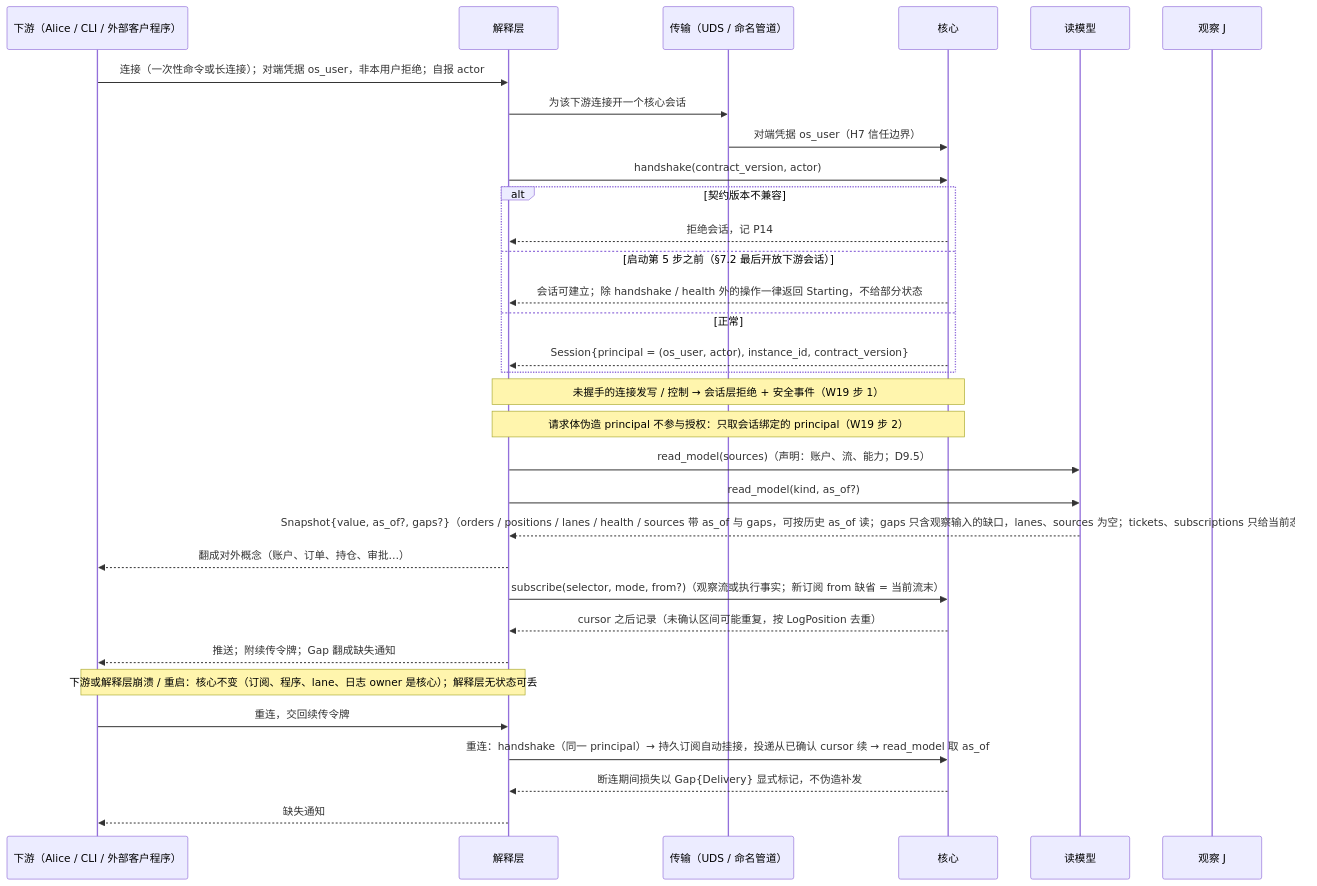
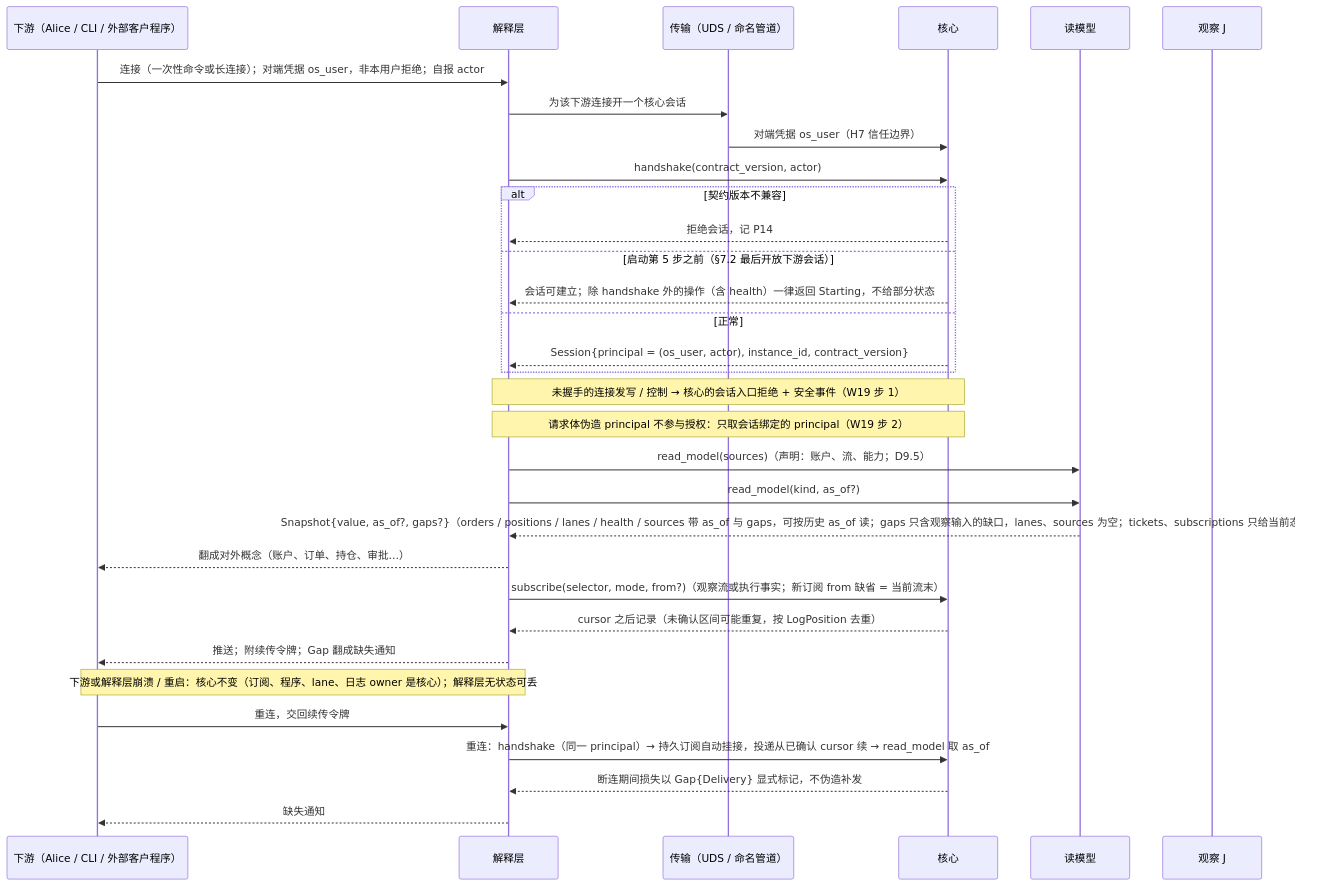
Before and after one commit to mouriya-s-lab/uta: the first of 5 diagrams in design/diagrams/09-alice-session.md, drawn with Mermaid. The commit also changed other lines of this file and 17 other files, not shown here.

Commit message:
design: fix review contradictions — bypass as lane control record, per-leg blocking-head key, positions per identity, orders completeness only before compaction, readiness/backfill split, uses graph and writer tables, Starting semantics, references

````diff
--- a/design/diagrams/09-alice-session.md
+++ b/design/diagrams/09-alice-session.md
@@ -9,34 +9,34 @@
 ```mermaid
 sequenceDiagram
   participant D as 下游（Alice / CLI / 外部客户程序）
   participant L as 解释层
   participant TR as 传输（UDS / 命名管道）
   participant C as 核心
   participant RM as 读模型
   participant J as 观察 J
   D->>L: 连接（一次性命令或长连接）；对端凭据 os_user，非本用户拒绝；自报 actor
   L->>TR: 为该下游连接开一个核心会话
   TR->>C: 对端凭据 os_user（H7 信任边界）
   L->>C: handshake(contract_version, actor)
   alt 契约版本不兼容
     C-->>L: 拒绝会话，记 P14
   else 启动第 5 步之前（§7.2 最后开放下游会话）
-    C-->>L: 会话可建立；除 handshake / health 外的操作一律返回 Starting，不给部分状态
+    C-->>L: 会话可建立；除 handshake 外的操作（含 health）一律返回 Starting，不给部分状态
   else 正常
     C-->>L: Session{principal = (os_user, actor), instance_id, contract_version}
   end
-  Note over L,C: 未握手的连接发写 / 控制 → 会话层拒绝 + 安全事件（W19 步 1）
+  Note over L,C: 未握手的连接发写 / 控制 → 核心的会话入口拒绝 + 安全事件（W19 步 1）
   Note over L,C: 请求体伪造 principal 不参与授权：只取会话绑定的 principal（W19 步 2）
   L->>RM: read_model(sources)（声明：账户、流、能力；D9.5）
   L->>RM: read_model(kind, as_of?)
   RM-->>L: Snapshot{value, as_of?, gaps?}（orders / positions / lanes / health / sources 带 as_of 与 gaps，可按历史 as_of 读；gaps 只含观察输入的缺口，lanes、sources 为空；tickets、subscriptions 只给当前态）
   L-->>D: 翻成对外概念（账户、订单、持仓、审批…）
   L->>C: subscribe(selector, mode, from?)（观察流或执行事实；新订阅 from 缺省 = 当前流末）
   C-->>L: cursor 之后记录（未确认区间可能重复，按 LogPosition 去重）
   L-->>D: 推送；附续传令牌；Gap 翻成缺失通知
   Note over D,L: 下游或解释层崩溃 / 重启：核心不变（订阅、程序、lane、日志 owner 是核心）；解释层无状态可丢
   D->>L: 重连，交回续传令牌
   L->>C: 重连：handshake（同一 principal）→ 持久订阅自动挂接，投递从已确认 cursor 续 → read_model 取 as_of
   C-->>L: 断连期间损失以 Gap{Delivery} 显式标记，不伪造补发
   L-->>D: 缺失通知
 ```
````
